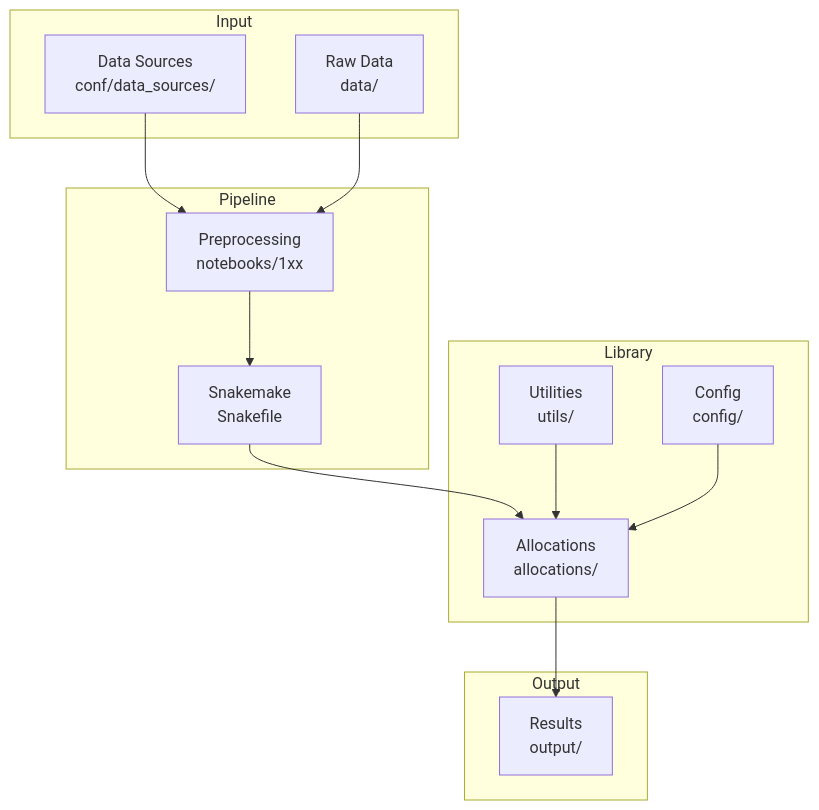
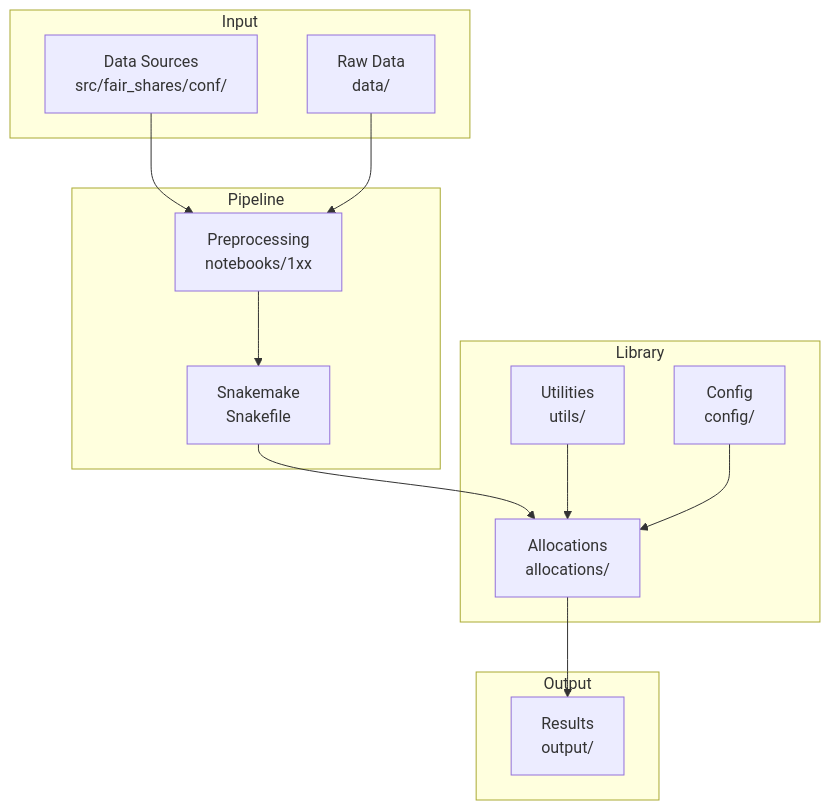
One commit to setupelz/fair-shares changed the diagram in docs/dev-guide/index.md. Above: the diagram before and after it, drawn with Mermaid. The commit also changed 18 other files, not shown here.

````diff
--- a/docs/dev-guide/index.md
+++ b/docs/dev-guide/index.md
@@ -17,30 +17,30 @@
 ```mermaid
 graph TB
     subgraph Input
-        DS[Data Sources<br/>conf/data_sources/]
+        DS[Data Sources<br/>src/fair_shares/conf/]
         RAW[Raw Data<br/>data/]
     end
 
     subgraph Pipeline
         PP[Preprocessing<br/>notebooks/1xx]
         SM[Snakemake<br/>Snakefile]
     end
 
     subgraph Library
         AL[Allocations<br/>allocations/]
         UT[Utilities<br/>utils/]
         CF[Config<br/>config/]
     end
 
     subgraph Output
         RES[Results<br/>output/]
     end
 
     DS --> PP
     RAW --> PP
     PP --> SM
     SM --> AL
     AL --> RES
     UT --> AL
     CF --> AL
 ```
````
